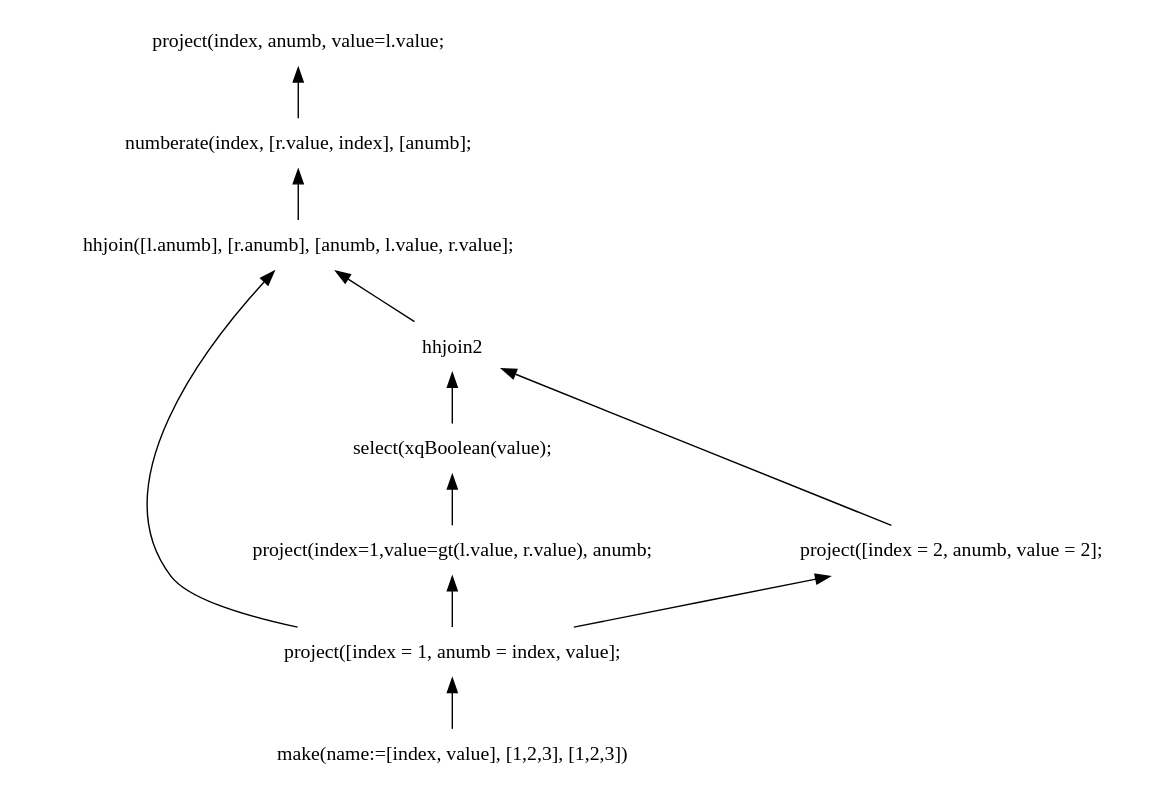
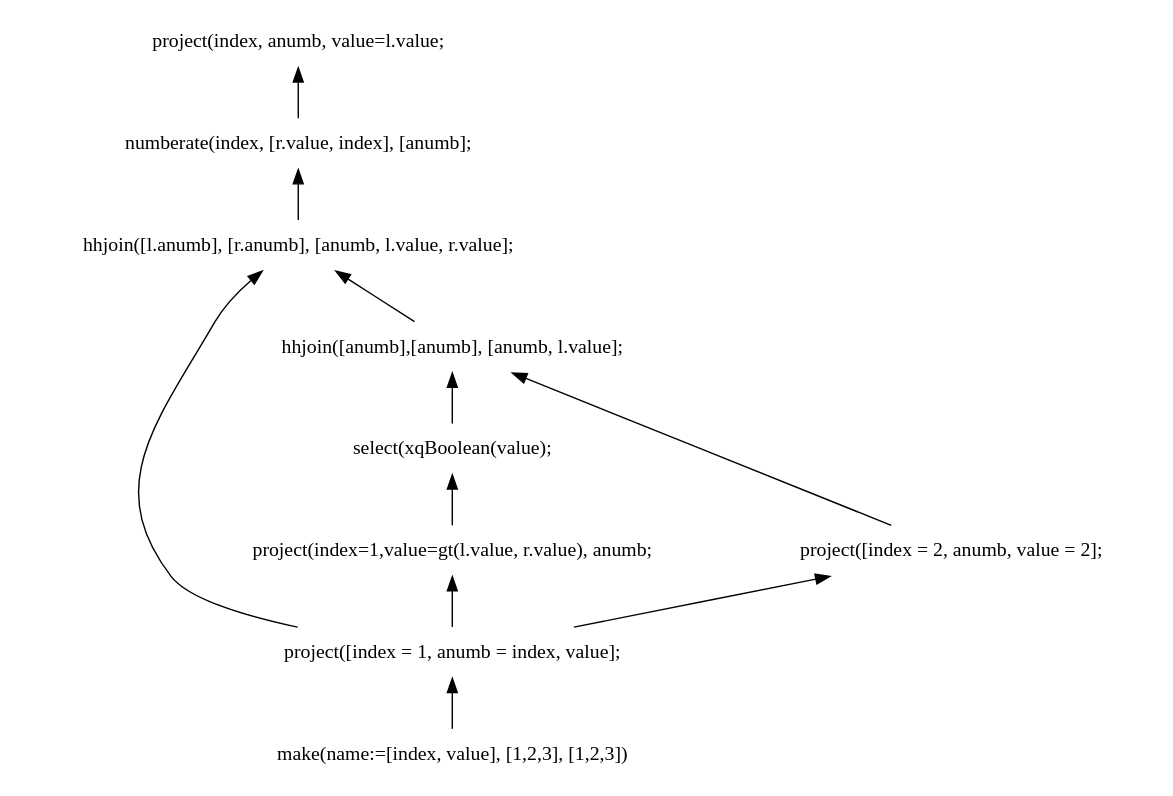
One commit to andrerav/xqft-parser changed the diagram in doc/graph_src/ext_flwor_dag.dot. Above: the diagram before and after it, drawn with Graphviz. The commit also changed 12 other files, not shown here.

```diff
--- a/doc/graph_src/ext_flwor_dag.dot
+++ b/doc/graph_src/ext_flwor_dag.dot
@@ -1,44 +1,45 @@
 digraph AST {
 edge [color=black, dir=both, weight=1, fontcolor=black, fontname=Helvetica, arrowhead=none,arrowtail=normal]
 node [shape=plaintext]
 
 // DAGifying nodes
 project123->make123;
 make123 [label="make(name:=[index, value], [1,2,3], [1,2,3])"];
 //make2 [label="make(name:=[index, value],[1],[2])"];
 project123 [label="project([index = 1, anumb = index, value];"];
 //project2 [label="project([index = 2, anumb = index, value];"];
 //project2->make2;
 
 
 // Ordinary nodes
 project1 [label="project(index, anumb, value=l.value;"];
 numberate1 [label="numberate(index, [r.value, index], [anumb];"];
 hhjoin1 [label="hhjoin([l.anumb], [r.anumb], [anumb, l.value, r.value];"];
 //hhjoin2 [label="hhjoin([],[], [l.value, anumb];"];
+hhjoin2 [label="hhjoin([anumb],[anumb], [anumb, l.value];"];
 
 select1 [label="select(xqBoolean(value);"];
 project5 [label="project(index=1,value=gt(l.value, r.value), anumb;"];
 //hhjoin4 [label=" hhjoin([], [], [l.value, r.value, anumb];"];
 
 project_compact [label="project([index = 2, anumb, value = 2];"]
 
 //union1 [label="union(; , ,"]
 //numberate2 [label="numberate(index,[sprIdx,index],[];"]
 
 project1->numberate1
   numberate1->hhjoin1
     hhjoin1->hhjoin2
       hhjoin2->select1
         select1->project5
           project5->project123
 
       //hhjoin2->numberate2
         //numberate2->union1
         hhjoin2->project_compact
            project_compact->project123
 //              project5->hhjoin4
 //                hhjoin4->project123
 //                hhjoin4->make2
     hhjoin1->project123
 }
```
